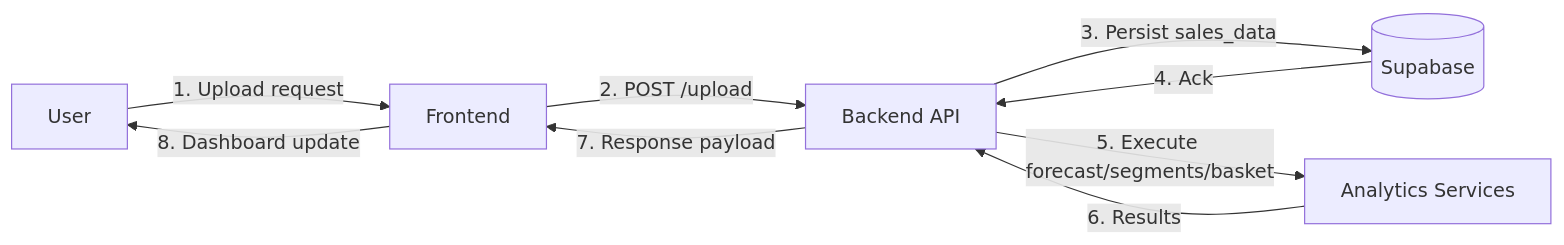
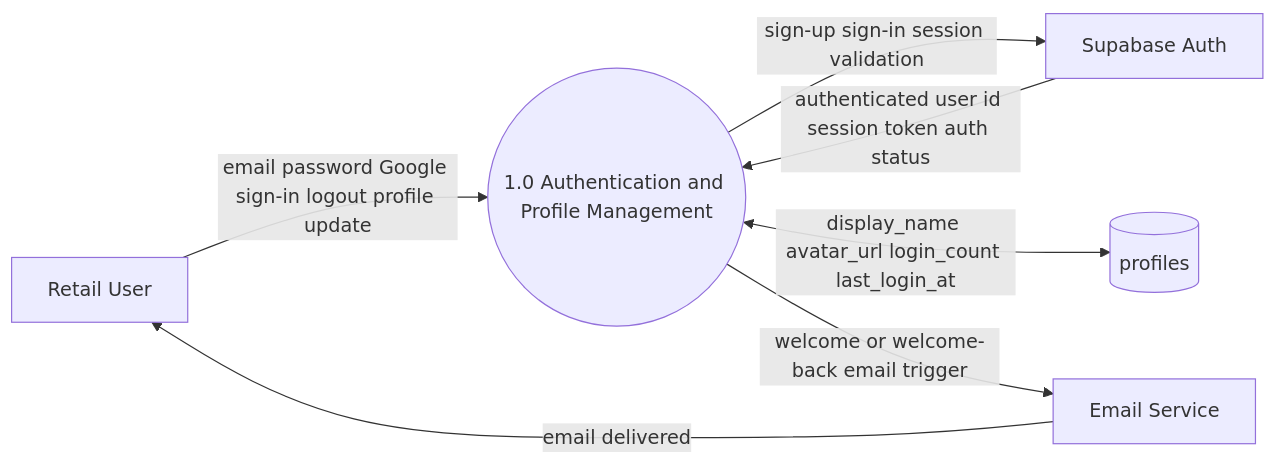
Before and after one commit to Addi-20042/retail-insight-hub: the third of 18 diagrams in docs/system-diagrams.md, drawn with Mermaid. The commit also changed other lines of this file and 7 other files, not shown here.

````diff
--- a/docs/system-diagrams.md
+++ b/docs/system-diagrams.md
@@ -316,17 +115,15 @@
 ```mermaid
 flowchart LR
-    U[User]
-    FE[Frontend]
-    BE[Backend API]
-    SB[(Supabase)]
-    ML[Analytics Services]
+    U[Retail User]
+    SA[Supabase Auth]
+    ES[Email Service]
+    P1((1.0 Authentication and Profile Management))
+    D1[(profiles)]
 
-    U -->|1. Upload request| FE
-    FE -->|2. POST /upload| BE
-    BE -->|3. Persist sales_data| SB
-    SB -->|4. Ack| BE
-    BE -->|5. Execute forecast/segments/basket| ML
-    ML -->|6. Results| BE
-    BE -->|7. Response payload| FE
-    FE -->|8. Dashboard update| U
+    U -->|email password Google sign-in logout profile update| P1
+    P1 -->|sign-up sign-in session validation| SA
+    SA -->|authenticated user id session token auth status| P1
+    P1 <-->|display_name avatar_url login_count last_login_at| D1
+    P1 -->|welcome or welcome-back email trigger| ES
+    ES -->|email delivered| U
 ```
````
